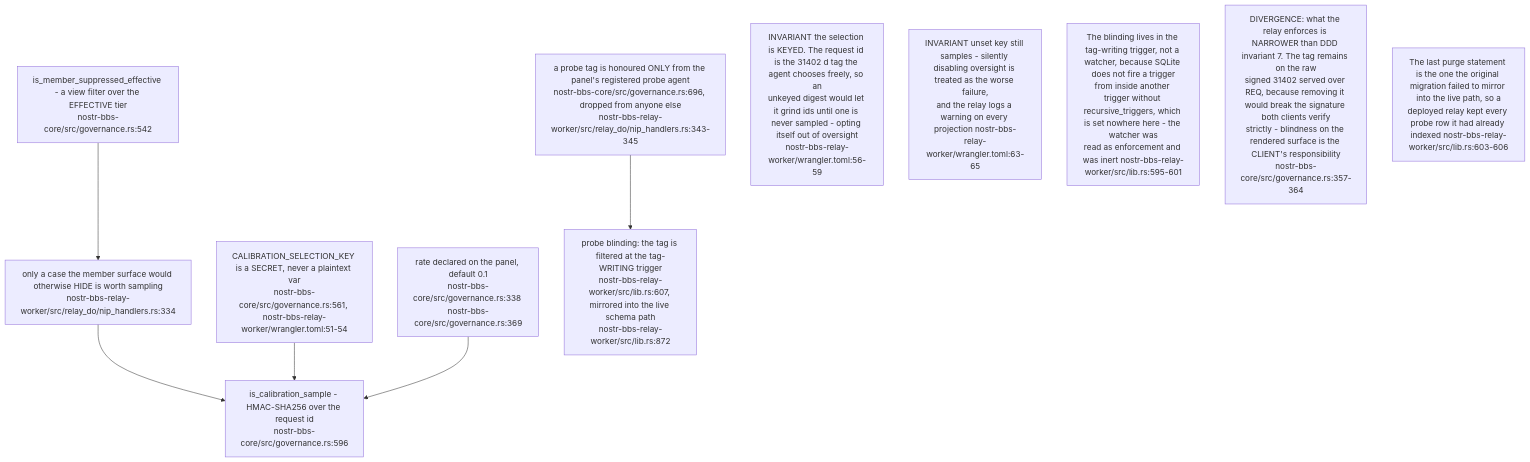
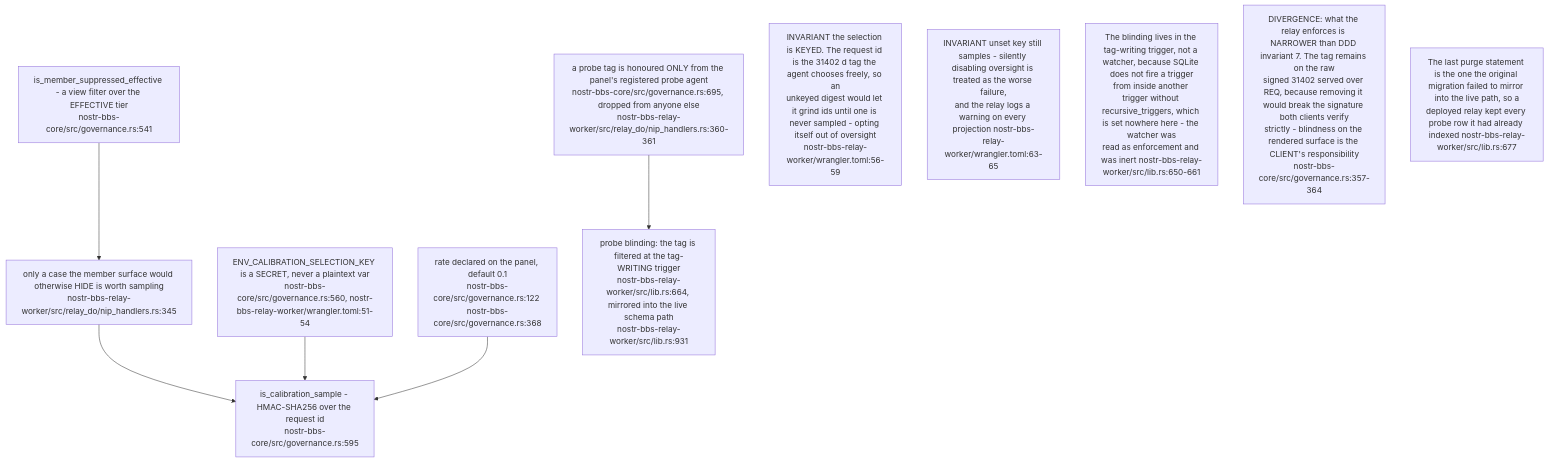
One commit to DreamLab-AI/VisionFlow changed diagram 12 of 14 in docs/diagrams/nostr-rust-forum/06-agent-control-surface-31400-31405.md. Above: the diagram before and after it, drawn with Mermaid. The commit also changed other lines of this file and 136 other files, not shown here.

First line of the commit message:
docs(diagrams): refresh the whole corpus to code HEAD and prune low-value diagrams

````diff
--- a/docs/diagrams/nostr-rust-forum/06-agent-control-surface-31400-31405.md
+++ b/docs/diagrams/nostr-rust-forum/06-agent-control-surface-31400-31405.md
@@ -379,21 +331,21 @@
 ```mermaid
 flowchart TB
-    SUP["is_member_suppressed_effective - a view filter over the EFFECTIVE tier<br/>nostr-bbs-core/src/governance.rs:542"]
-    ONLY["only a case the member surface would otherwise HIDE is worth sampling<br/>nostr-bbs-relay-worker/src/relay_do/nip_handlers.rs:334"]
-    CAL["is_calibration_sample - HMAC-SHA256 over the request id<br/>nostr-bbs-core/src/governance.rs:596"]
-    KEY["CALIBRATION_SELECTION_KEY is a SECRET, never a plaintext var<br/>nostr-bbs-core/src/governance.rs:561, nostr-bbs-relay-worker/wrangler.toml:51-54"]
-    RATE["rate declared on the panel, default 0.1<br/>nostr-bbs-core/src/governance.rs:338 nostr-bbs-core/src/governance.rs:369"]
-    PROBE["a probe tag is honoured ONLY from the panel's registered probe agent<br/>nostr-bbs-core/src/governance.rs:696, dropped from anyone else<br/>nostr-bbs-relay-worker/src/relay_do/nip_handlers.rs:343-345"]
-    BLIND["probe blinding: the tag is filtered at the tag-WRITING trigger<br/>nostr-bbs-relay-worker/src/lib.rs:607, mirrored into the live schema path<br/>nostr-bbs-relay-worker/src/lib.rs:872"]
+    SUP["is_member_suppressed_effective - a view filter over the EFFECTIVE tier<br/>nostr-bbs-core/src/governance.rs:541"]
+    ONLY["only a case the member surface would otherwise HIDE is worth sampling<br/>nostr-bbs-relay-worker/src/relay_do/nip_handlers.rs:345"]
+    CAL["is_calibration_sample - HMAC-SHA256 over the request id<br/>nostr-bbs-core/src/governance.rs:595"]
+    KEY["ENV_CALIBRATION_SELECTION_KEY is a SECRET, never a plaintext var<br/>nostr-bbs-core/src/governance.rs:560, nostr-bbs-relay-worker/wrangler.toml:51-54"]
+    RATE["rate declared on the panel, default 0.1<br/>nostr-bbs-core/src/governance.rs:122 nostr-bbs-core/src/governance.rs:368"]
+    PROBE["a probe tag is honoured ONLY from the panel's registered probe agent<br/>nostr-bbs-core/src/governance.rs:695, dropped from anyone else<br/>nostr-bbs-relay-worker/src/relay_do/nip_handlers.rs:360-361"]
+    BLIND["probe blinding: the tag is filtered at the tag-WRITING trigger<br/>nostr-bbs-relay-worker/src/lib.rs:664, mirrored into the live schema path<br/>nostr-bbs-relay-worker/src/lib.rs:931"]
 
     SUP --> ONLY --> CAL
     KEY --> CAL
     RATE --> CAL
     PROBE --> BLIND
 
     N1["INVARIANT the selection is KEYED. The request id is the 31402 d tag the agent chooses freely, so an<br/>unkeyed digest would let it grind ids until one is never sampled - opting itself out of oversight<br/>nostr-bbs-relay-worker/wrangler.toml:56-59"]
     N2["INVARIANT unset key still samples - silently disabling oversight is treated as the worse failure,<br/>and the relay logs a warning on every projection nostr-bbs-relay-worker/wrangler.toml:63-65"]
-    N3["The blinding lives in the tag-writing trigger, not a watcher, because SQLite does not fire a trigger<br/>from inside another trigger without recursive_triggers, which is set nowhere here - the watcher was<br/>read as enforcement and was inert nostr-bbs-relay-worker/src/lib.rs:595-601"]
+    N3["The blinding lives in the tag-writing trigger, not a watcher, because SQLite does not fire a trigger<br/>from inside another trigger without recursive_triggers, which is set nowhere here - the watcher was<br/>read as enforcement and was inert nostr-bbs-relay-worker/src/lib.rs:650-661"]
     N4["DIVERGENCE: what the relay enforces is NARROWER than DDD invariant 7. The tag remains on the raw<br/>signed 31402 served over REQ, because removing it would break the signature both clients verify<br/>strictly - blindness on the rendered surface is the CLIENT's responsibility<br/>nostr-bbs-core/src/governance.rs:357-364"]
-    N5["The last purge statement is the one the original migration failed to mirror into the live path, so a<br/>deployed relay kept every probe row it had already indexed nostr-bbs-relay-worker/src/lib.rs:603-606"]
+    N5["The last purge statement is the one the original migration failed to mirror into the live path, so a<br/>deployed relay kept every probe row it had already indexed nostr-bbs-relay-worker/src/lib.rs:677"]
 ```
````
